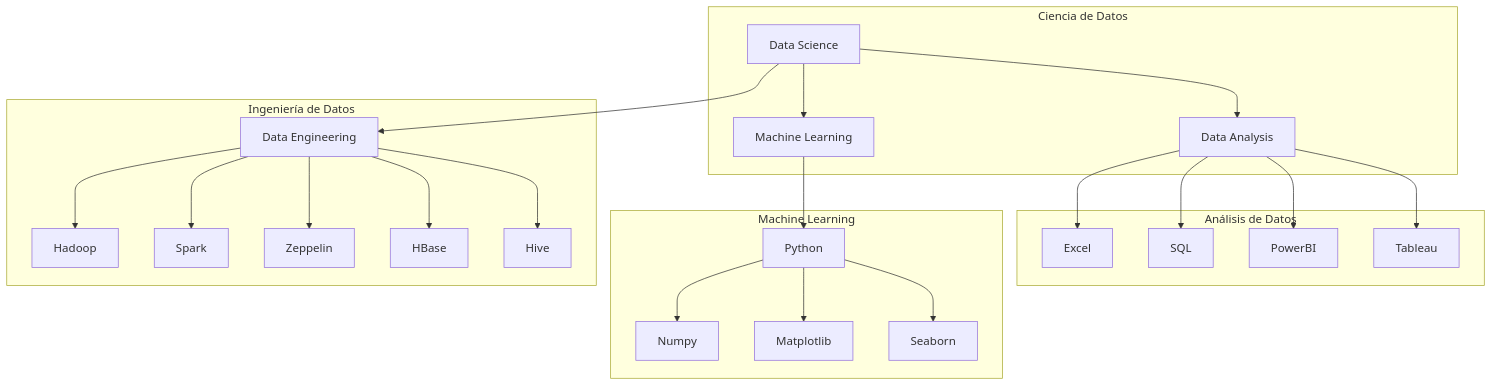
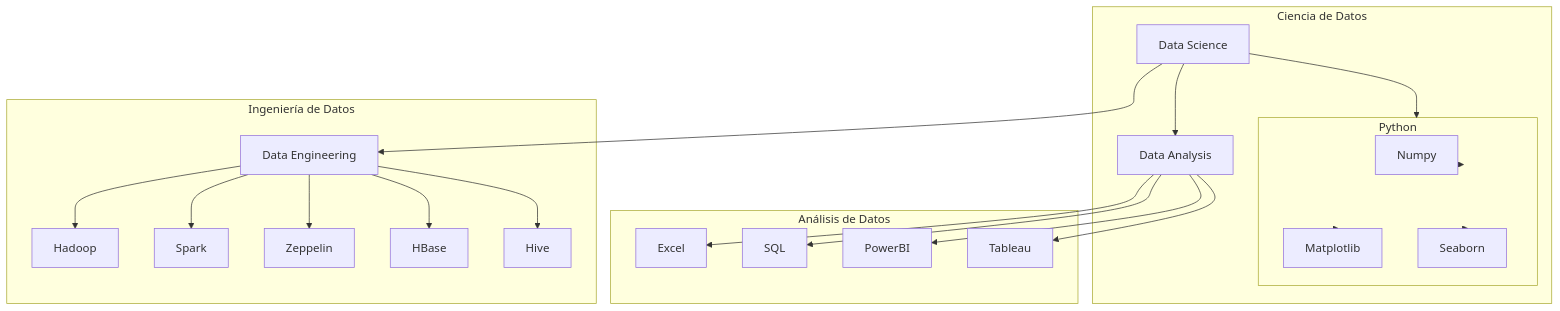
One commit to bkmay1417/proyecto-colaborativo changed the diagram in README.md. Above: the diagram before and after it, drawn with Mermaid.

````diff
--- a/README.md
+++ b/README.md
@@ -6,35 +6,34 @@
 ```mermaid
 graph TD;
     subgraph Ciencia de Datos
         DataScience[Data Science] --> DataAnalysis[Data Analysis]
-        DataScience --> MachineLearning[Machine Learning]
+        DataScience --> Python[Python]
     end
 
     subgraph Análisis de Datos
         DataAnalysis --> Excel
         DataAnalysis --> SQL
         DataAnalysis --> PowerBI
         DataAnalysis --> Tableau
 
     end
 
-    subgraph Machine Learning
-        MachineLearning --> Python
+    subgraph Python
         Python --> Numpy
         
         Python --> Matplotlib
         Python --> Seaborn
                 
     end
 
     subgraph Ingeniería de Datos
         DataEngineering[Data Engineering] --> Hadoop
         DataEngineering --> Spark
         DataEngineering --> Zeppelin
         DataEngineering --> HBase 
         DataEngineering --> Hive
 
     end
 
     DataScience --> DataEngineering
 ```
````
